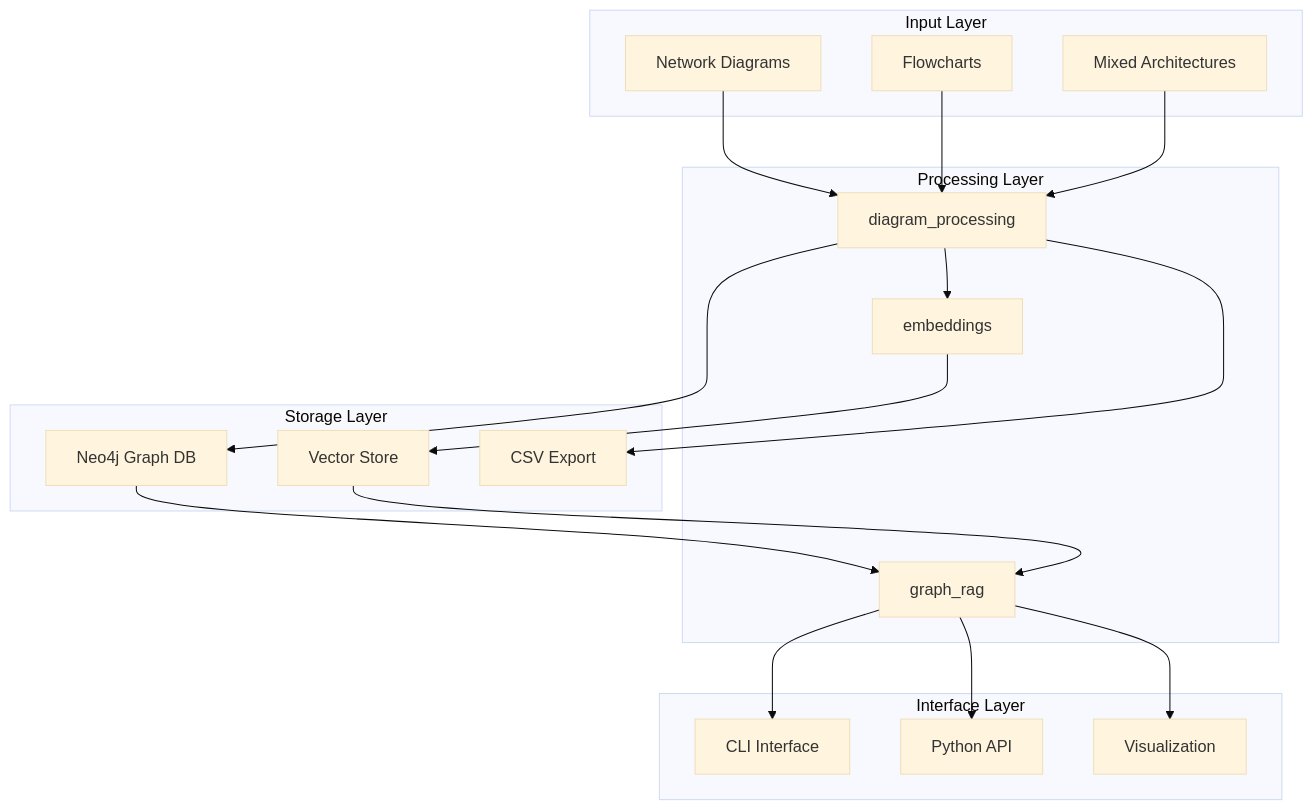
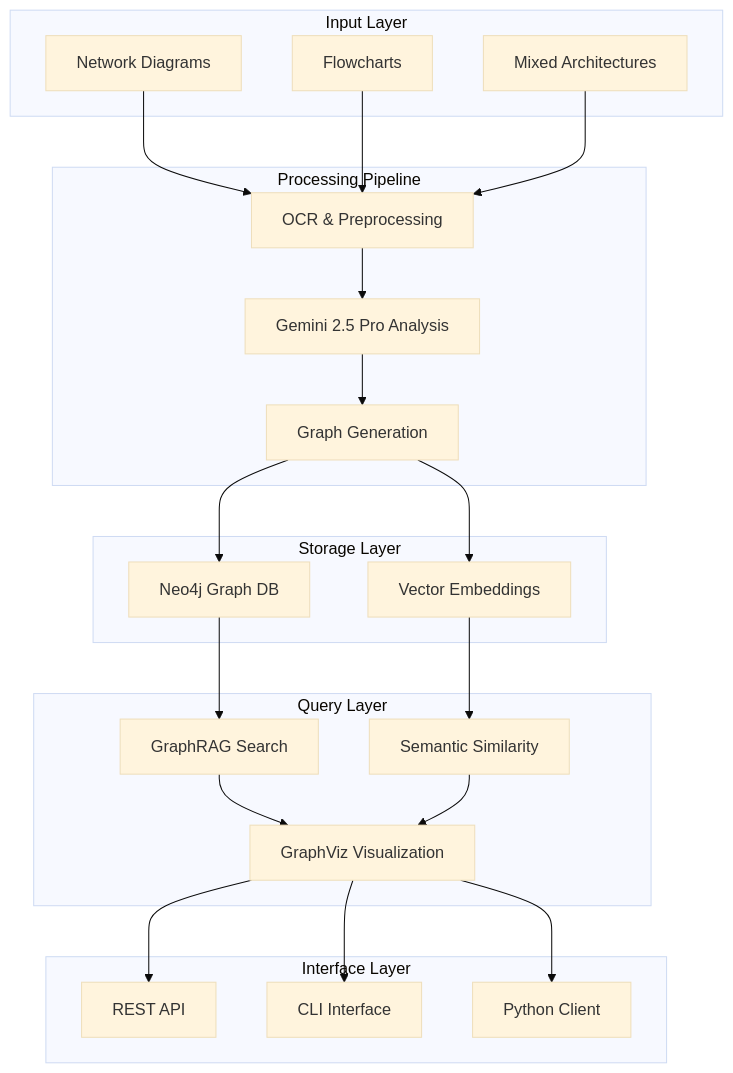
The diagram in README.md (keo571/netbot-v2), drawn with Mermaid (base theme) before and after one commit. The commit also changed other lines of this file, not shown here.

````diff
--- a/README.md
+++ b/README.md
@@ -73,39 +67,46 @@
 ```mermaid
 graph TB
     subgraph "Input Layer"
         A[Network Diagrams]
         B[Flowcharts]
         C[Mixed Architectures]
     end
     
-    subgraph "Processing Layer"
-        D[diagram_processing]
-        E[embeddings]
-        F[graph_rag]
+    subgraph "Processing Pipeline"
+        D[OCR & Preprocessing]
+        E[Gemini 2.5 Pro Analysis]
+        F[Graph Generation]
     end
     
     subgraph "Storage Layer"
         G[Neo4j Graph DB]
-        H[Vector Store]
-        I[CSV Export]
+        H[Vector Embeddings]
+    end
+    
+    subgraph "Query Layer"
+        I[GraphRAG Search]
+        J[Semantic Similarity]
+        K[GraphViz Visualization]
     end
     
     subgraph "Interface Layer"
-        J[CLI Interface]
-        K[Python API]
-        L[Visualization]
+        L[REST API]
+        M[CLI Interface]
+        N[Python Client]
     end
     
     A --> D
     B --> D
     C --> D
-    D --> G
-    D --> I
     D --> E
-    E --> H
-    G --> F
-    H --> F
-    F --> J
-    F --> K
-    F --> L
+    E --> F
+    F --> G
+    F --> H
+    G --> I
+    H --> J
+    I --> K
+    J --> K
+    K --> L
+    K --> M
+    K --> N
 ```
````
